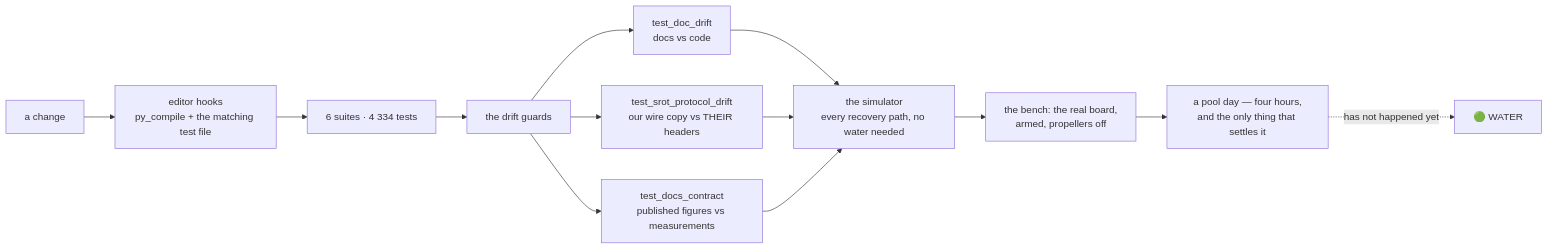
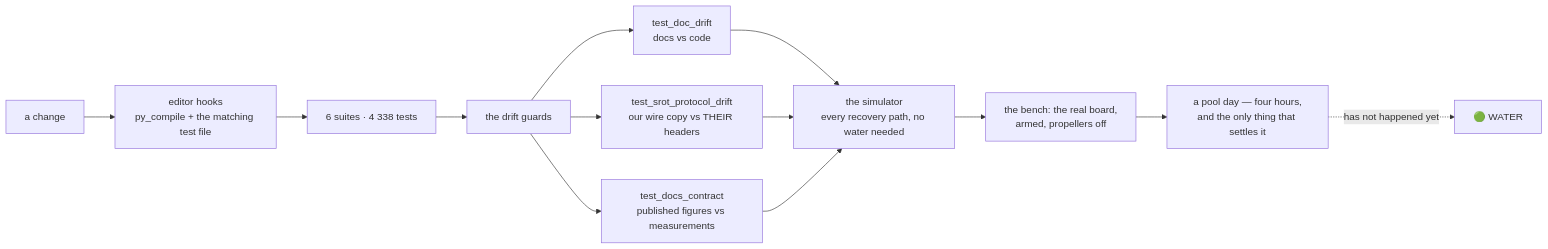
Before and after one commit to fh1m/mongla_ws: the ninth of 10 diagrams in README.md, drawn with Mermaid. The commit also changed other lines of this file and 5 other files, not shown here.

````diff
--- a/README.md
+++ b/README.md
@@ -752,15 +752,15 @@
 ```mermaid
 flowchart LR
     DEV["a change"] --> HOOK["editor hooks<br/>py_compile + the matching test file"]
-    HOOK --> UNIT["6 suites · 4 334 tests"]
+    HOOK --> UNIT["6 suites · 4 338 tests"]
     UNIT --> GUARD["the drift guards"]
     GUARD --> G1["test_doc_drift<br/>docs vs code"]
     GUARD --> G2["test_srot_protocol_drift<br/>our wire copy vs THEIR headers"]
     GUARD --> G3["test_docs_contract<br/>published figures vs measurements"]
     G1 --> SIM["the simulator<br/>every recovery path, no water needed"]
     G2 --> SIM
     G3 --> SIM
     SIM --> BENCH["the bench: the real board,<br/>armed, propellers off"]
     BENCH --> POOL["a pool day — four hours,<br/>and the only thing that settles it"]
     POOL -.->|"has not happened yet"| WATER["🟢 WATER"]
 ```
````
